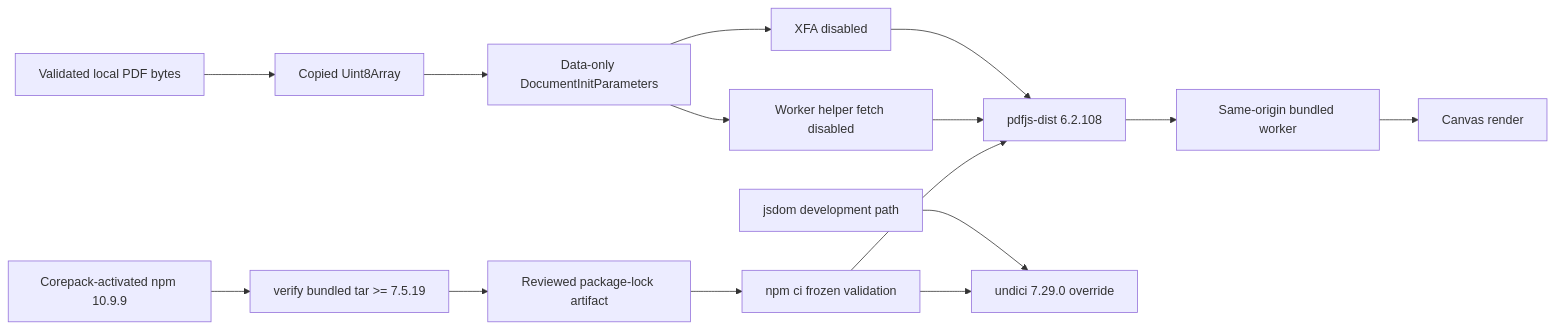
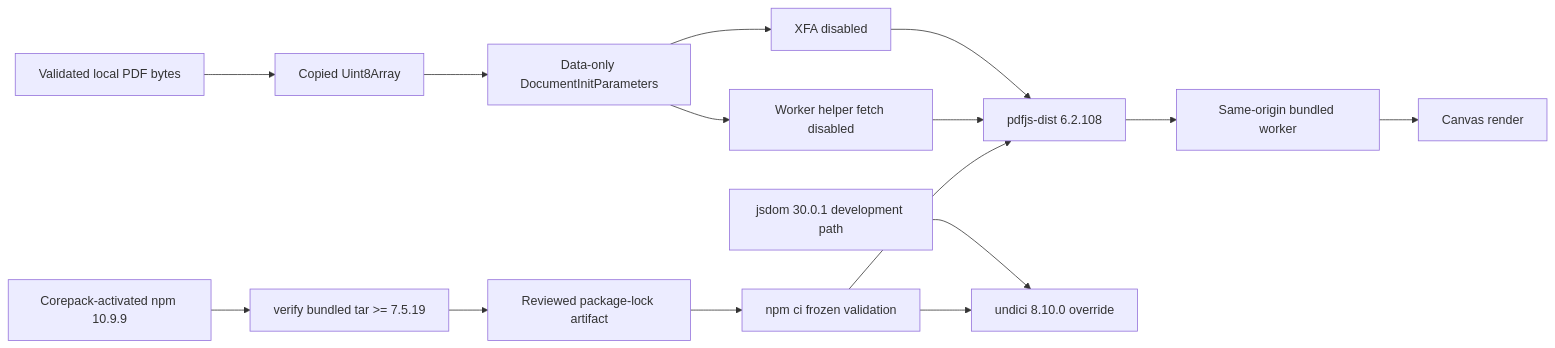
The diagram in docs/doctoring/high-security-pdf-http-baseline.md (ContextualWisdomLab/bandscope), drawn with Mermaid before and after one commit. The commit also changed other lines of this file and 5 other files, not shown here.

Commit message:
fix(deps): align jsdom with Undici 8

````diff
--- a/docs/doctoring/high-security-pdf-http-baseline.md
+++ b/docs/doctoring/high-security-pdf-http-baseline.md
@@ -15,17 +16,17 @@
 ```mermaid
 flowchart LR
     A[Validated local PDF bytes] --> B[Copied Uint8Array]
     B --> D[Data-only DocumentInitParameters]
     D --> X[XFA disabled]
     D --> F[Worker helper fetch disabled]
     X --> C[pdfjs-dist 6.2.108]
     F --> C
     C --> W[Same-origin bundled worker]
     W --> R[Canvas render]
-    J[jsdom development path] --> U[undici 7.29.0 override]
+    J[jsdom 30.0.1 development path] --> U[undici 8.10.0 override]
     N[Corepack-activated npm 10.9.9] --> T[verify bundled tar >= 7.5.19]
     T --> L[Reviewed package-lock artifact]
     L --> V[npm ci frozen validation]
     V --> C
     V --> U
 ```
````
